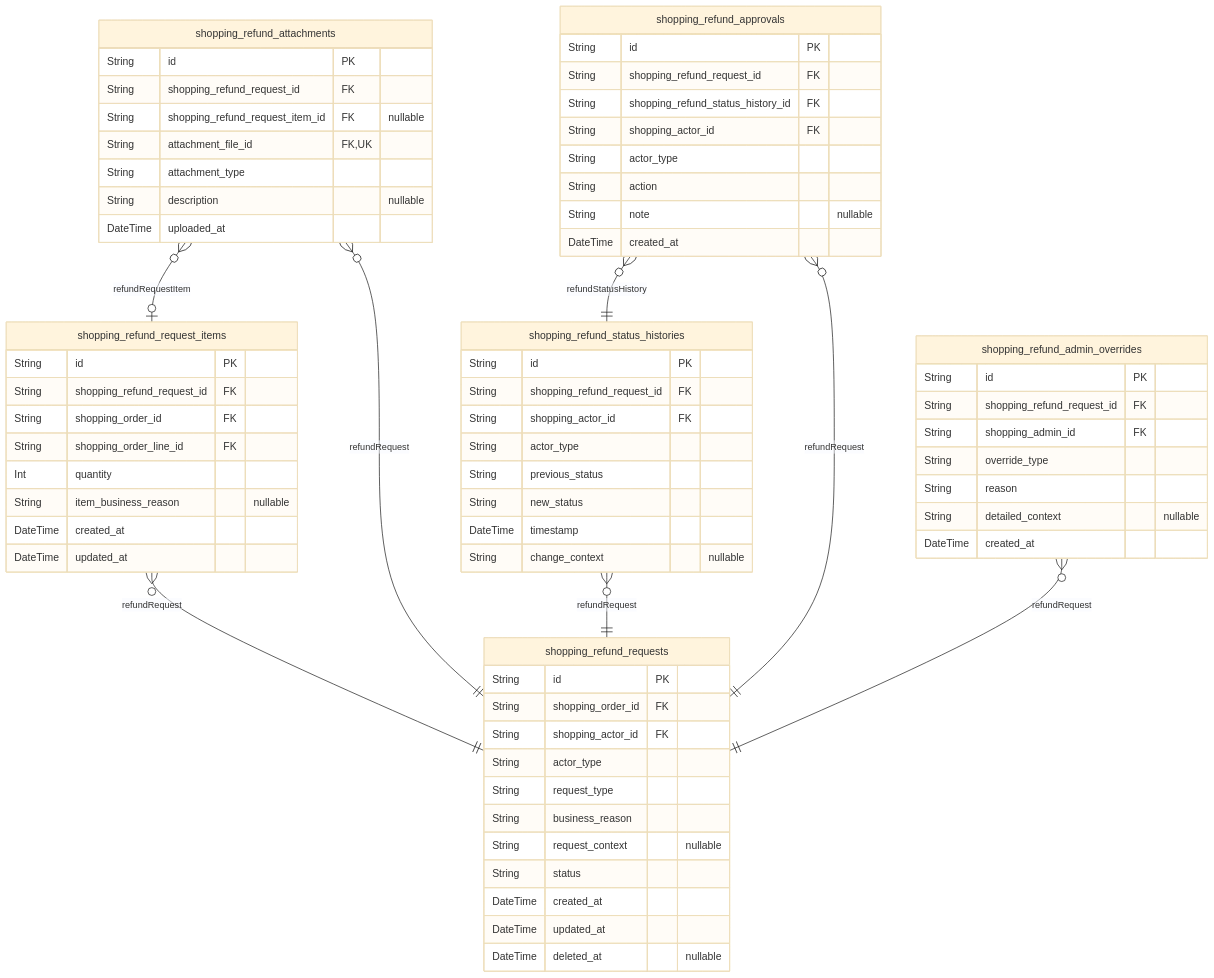
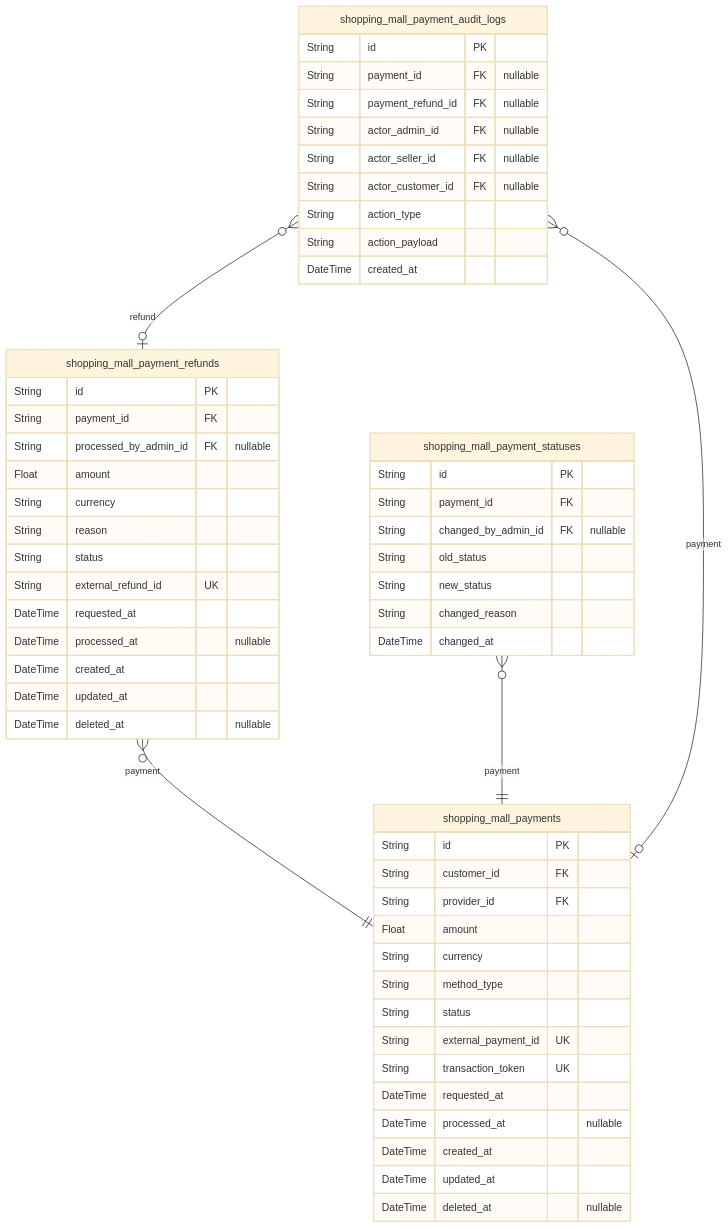
The sixth of 10 diagrams in openai/gpt-4.1/shopping/docs/ERD.md (wrtnlabs/autobe-examples), drawn with Mermaid (base theme) before and after one commit. The commit also changed other lines of this file and 22498 other files, not shown here.

````diff
--- a/openai/gpt-4.1/shopping/docs/ERD.md
+++ b/openai/gpt-4.1/shopping/docs/ERD.md
@@ -1419,71 +1099,58 @@
 ```mermaid
 erDiagram
-"shopping_refund_requests" {
+"shopping_mall_payments" {
   String id PK
-  String shopping_order_id FK
-  String shopping_actor_id FK
-  String actor_type
-  String request_type
-  String business_reason
-  String request_context "nullable"
+  String customer_id FK
+  String provider_id FK
+  Float amount
+  String currency
+  String method_type
   String status
+  String external_payment_id UK
+  String transaction_token UK
+  DateTime requested_at
+  DateTime processed_at "nullable"
   DateTime created_at
   DateTime updated_at
   DateTime deleted_at "nullable"
 }
-"shopping_refund_request_items" {
+"shopping_mall_payment_refunds" {
   String id PK
-  String shopping_refund_request_id FK
-  String shopping_order_id FK
-  String shopping_order_line_id FK
-  Int quantity
-  String item_business_reason "nullable"
+  String payment_id FK
+  String processed_by_admin_id FK "nullable"
+  Float amount
+  String currency
+  String reason
+  String status
+  String external_refund_id UK
+  DateTime requested_at
+  DateTime processed_at "nullable"
   DateTime created_at
   DateTime updated_at
+  DateTime deleted_at "nullable"
 }
-"shopping_refund_attachments" {
+"shopping_mall_payment_statuses" {
   String id PK
-  String shopping_refund_request_id FK
-  String shopping_refund_request_item_id FK "nullable"
-  String attachment_file_id FK,UK
-  String attachment_type
-  String description "nullable"
-  DateTime uploaded_at
+  String payment_id FK
+  String changed_by_admin_id FK "nullable"
+  String old_status
+  String new_status
+  String changed_reason
+  DateTime changed_at
 }
-"shopping_refund_status_histories" {
+"shopping_mall_payment_audit_logs" {
   String id PK
-  String shopping_refund_request_id FK
-  String shopping_actor_id FK
-  String actor_type
-  String previous_status
-  String new_status
-  DateTime timestamp
-  String change_context "nullable"
-}
-"shopping_refund_approvals" {
-  String id PK
-  String shopping_refund_request_id FK
-  String shopping_refund_status_history_id FK
-  String shopping_actor_id FK
-  String actor_type
-  String action
-  String note "nullable"
+  String payment_id FK "nullable"
+  String payment_refund_id FK "nullable"
+  String actor_admin_id FK "nullable"
+  String actor_seller_id FK "nullable"
+  String actor_customer_id FK "nullable"
+  String action_type
+  String action_payload
   DateTime created_at
 }
-"shopping_refund_admin_overrides" {
-  String id PK
-  String shopping_refund_request_id FK
-  String shopping_admin_id FK
-  String override_type
-  String reason
-  String detailed_context "nullable"
-  DateTime created_at
-}
-"shopping_refund_request_items" }o--|| "shopping_refund_requests" : refundRequest
-"shopping_refund_attachments" }o--|| "shopping_refund_requests" : refundRequest
-"shopping_refund_attachments" }o--o| "shopping_refund_request_items" : refundRequestItem
-"shopping_refund_status_histories" }o--|| "shopping_refund_requests" : refundRequest
-"shopping_refund_approvals" }o--|| "shopping_refund_requests" : refundRequest
-"shopping_refund_approvals" }o--|| "shopping_refund_status_histories" : refundStatusHistory
-"shopping_refund_admin_overrides" }o--|| "shopping_refund_requests" : refundRequest
+"shopping_mall_payment_refunds" }o--|| "shopping_mall_payments" : payment
+"shopping_mall_payment_statuses" }o--|| "shopping_mall_payments" : payment
+"shopping_mall_payment_audit_logs" }o--o| "shopping_mall_payments" : payment
+"shopping_mall_payment_audit_logs" }o--o| "shopping_mall_payment_refunds" : refund
 ```
````
